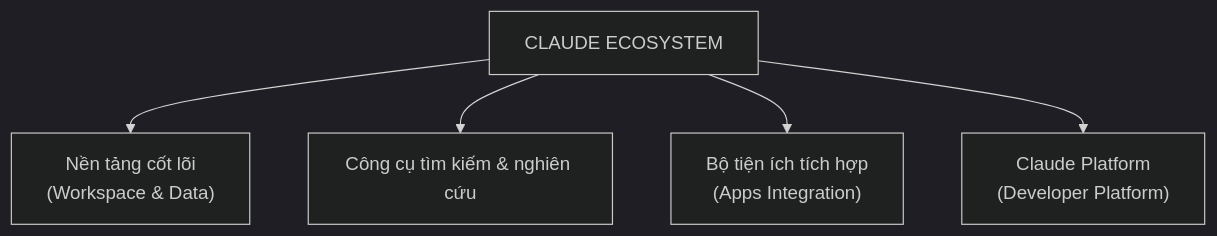
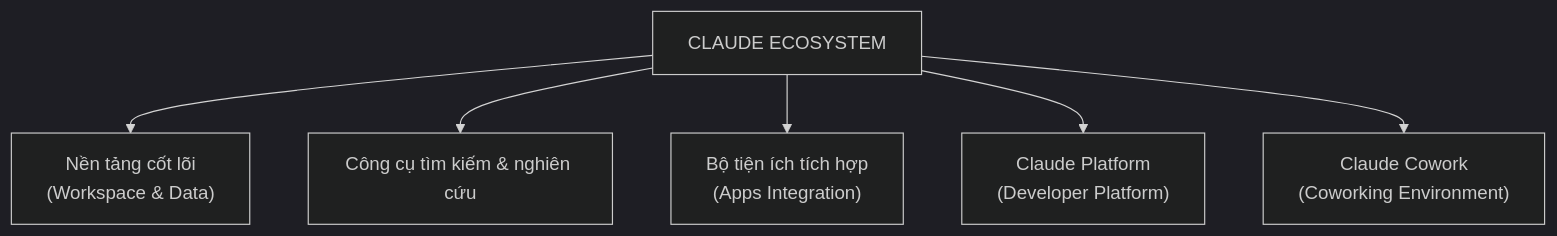
Before and after one commit to nthoang1996/claude-knowledge: the diagram in Claude Ecosystem.md, drawn with Mermaid (dark theme). The commit also changed other lines of this file and 17 other files, not shown here.

Commit message:
Update knowledge: Claude Cowork

````diff
--- a/Claude Ecosystem.md
+++ b/Claude Ecosystem.md
@@ -17,9 +17,10 @@
 ```mermaid
 graph TD
     Root["CLAUDE ECOSYSTEM"]
 
     Root --> A["Nền tảng cốt lõi<br/>(Workspace & Data)"]
     Root --> B["Công cụ tìm kiếm & nghiên cứu"]
     Root --> C["Bộ tiện ích tích hợp<br/>(Apps Integration)"]
     Root --> D["Claude Platform<br/>(Developer Platform)"]
+    Root --> E["Claude Cowork<br/>(Coworking Environment)"]
 ```
````
